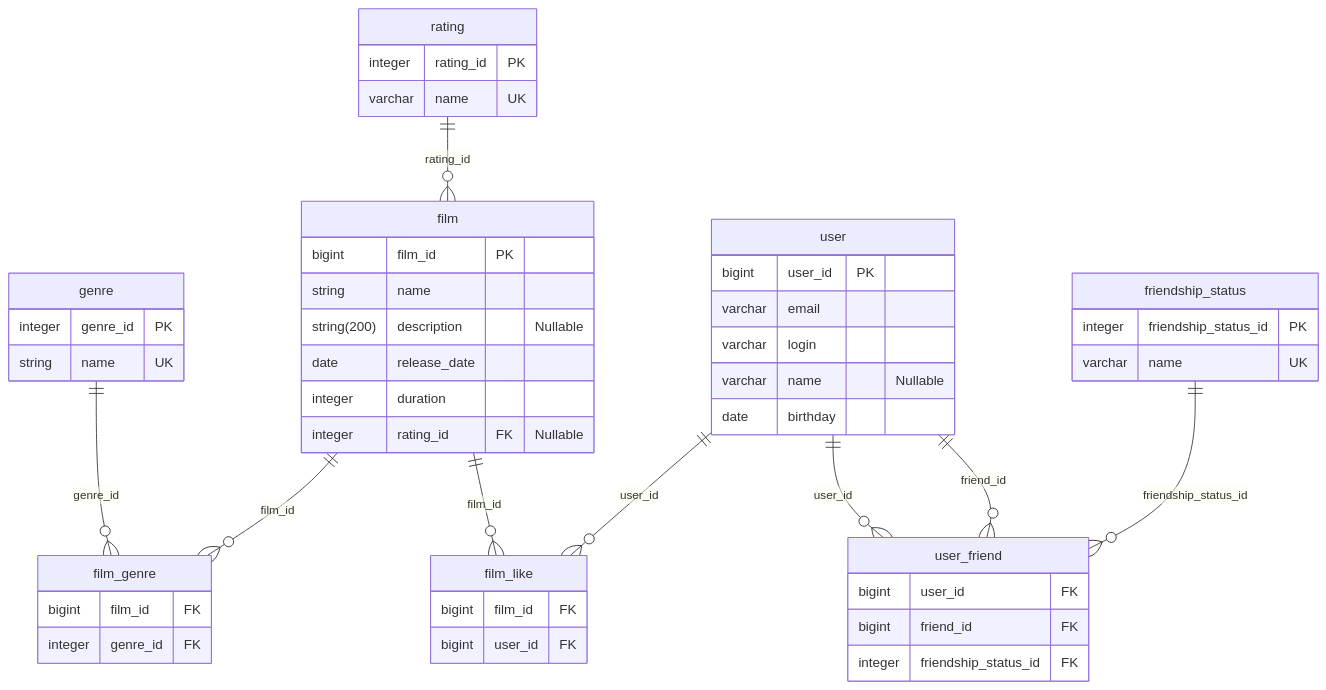
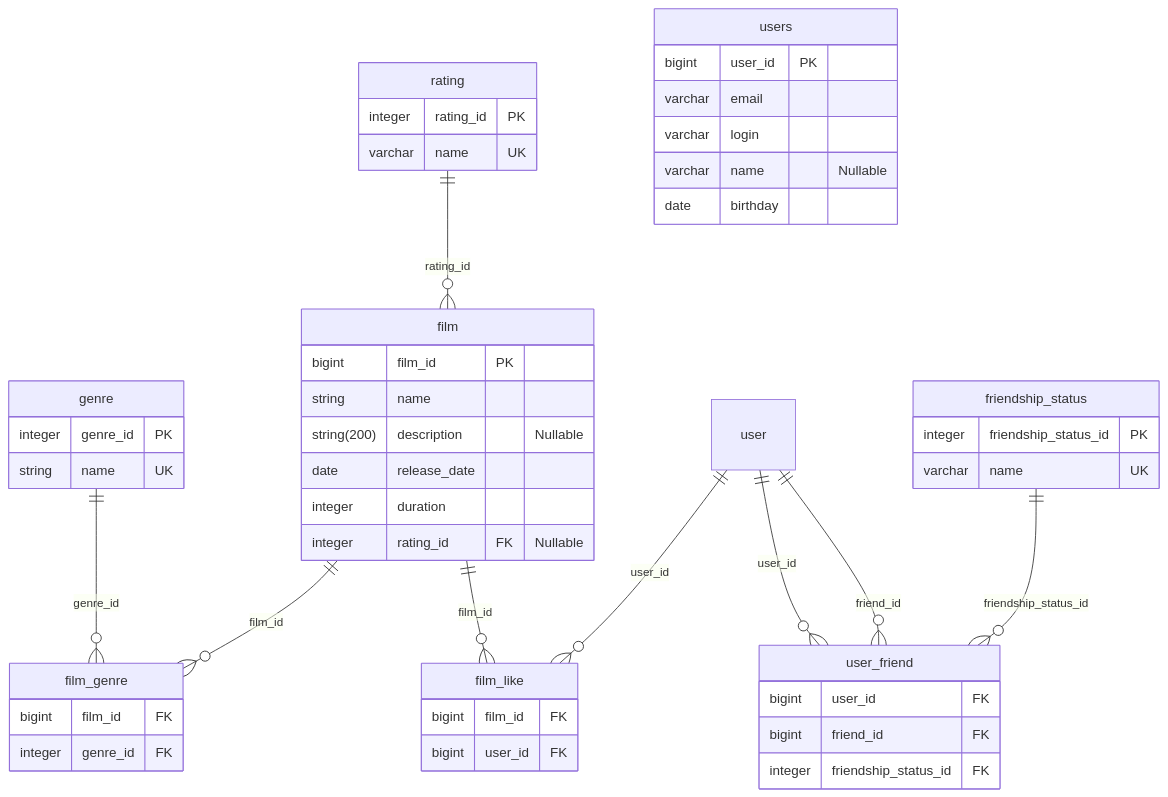
Before and after one commit to MariaFantasy/java-filmorate: the diagram in README.md, drawn with Mermaid.

````diff
--- a/README.md
+++ b/README.md
@@ -10,61 +10,61 @@
 ```mermaid
 erDiagram
     genre {
         integer genre_id PK
         string name UK
     }
 
     film_genre {
         bigint film_id FK
         integer genre_id FK
     }
 
     film {
         bigint film_id PK
         string name
         string(200) description "Nullable"
         date release_date
         integer duration
         integer rating_id FK "Nullable"
     }
 
     rating {
         integer rating_id PK
         varchar name UK 
     }
 
     film_like {
         bigint film_id FK
         bigint user_id FK
     }
 
-    user {
+    users {
         bigint user_id PK
         varchar email
         varchar login
         varchar name "Nullable"
         date birthday
     }
 
     user_friend {
         bigint user_id FK
         bigint friend_id FK
         integer friendship_status_id FK
     }
 
     friendship_status {
         integer friendship_status_id PK
         varchar name UK
     }
 
 
     genre ||--o{ film_genre : genre_id
     film ||--o{ film_genre : film_id
     rating ||--o{ film : rating_id
     film ||--o{ film_like : film_id
     user ||--o{ film_like : user_id
     user ||--o{ user_friend : user_id
     user ||--o{ user_friend : friend_id
     friendship_status ||--o{ user_friend : friendship_status_id
 
 ```
````
